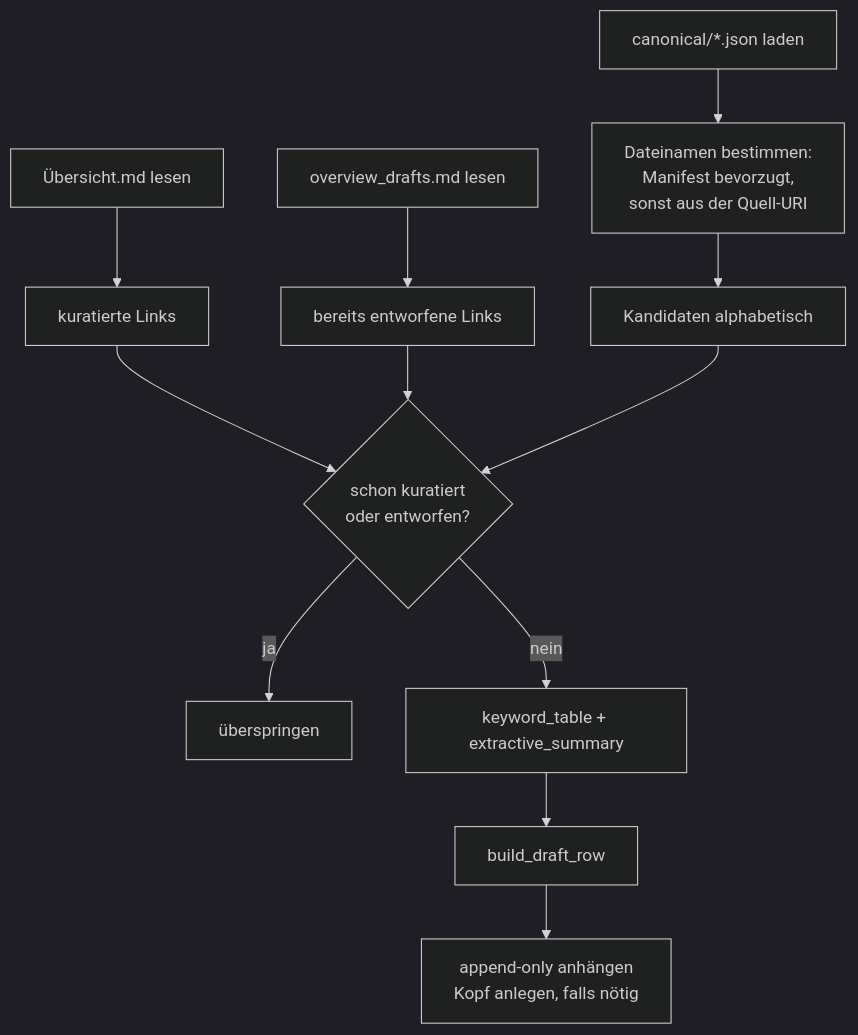
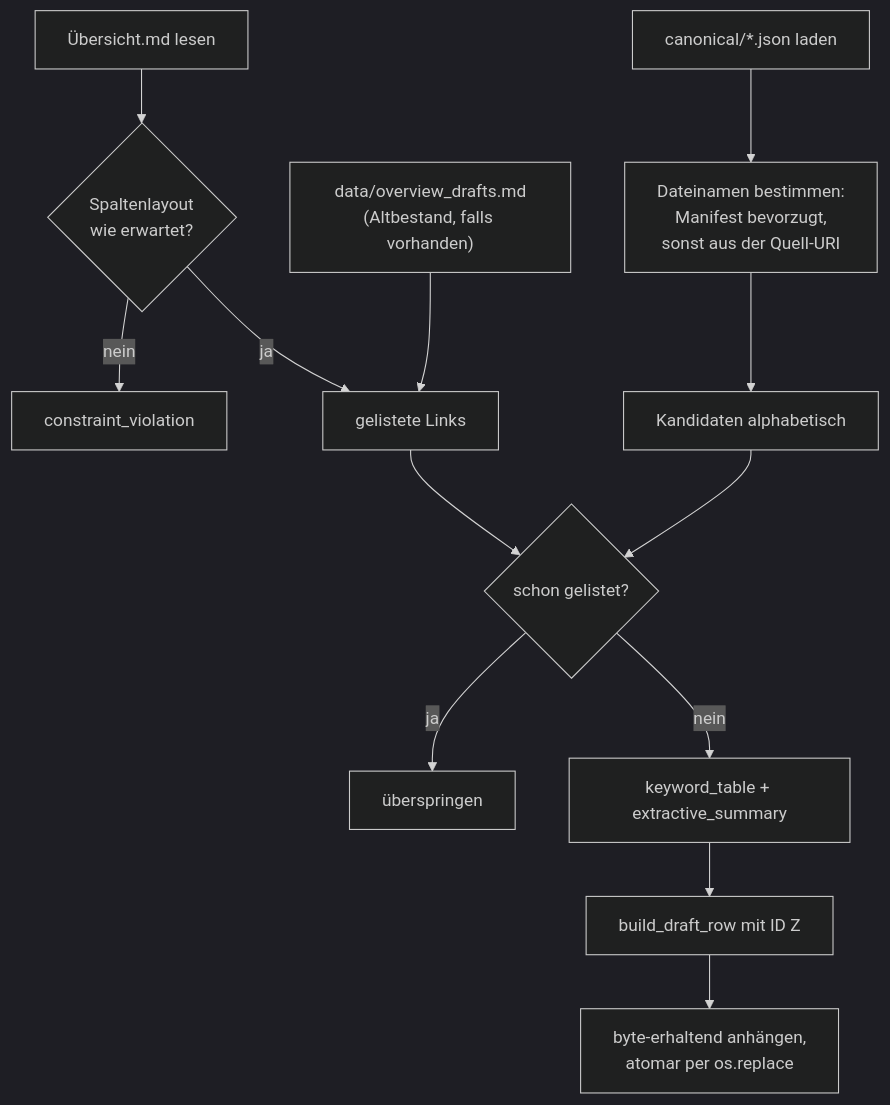
One commit to MomoEngineer/research-graphrag changed the first of 2 diagrams in src/research_graphrag/overview/doc/drafts.md. Above: the diagram before and after it, drawn with Mermaid (dark theme). The commit also changed other lines of this file and 28 other files, not shown here.

````diff
--- a/src/research_graphrag/overview/doc/drafts.md
+++ b/src/research_graphrag/overview/doc/drafts.md
@@ -35,14 +38,15 @@
 ```mermaid
 flowchart TD
     A["canonical/*.json laden"] --> B["Dateinamen bestimmen:<br/>Manifest bevorzugt,<br/>sonst aus der Quell-URI"]
-    C["Übersicht.md lesen"] --> D["kuratierte Links"]
-    E["overview_drafts.md lesen"] --> F["bereits entworfene Links"]
+    C["Übersicht.md lesen"] --> L{"Spaltenlayout<br/>wie erwartet?"}
+    L -- nein --> ERR["constraint_violation"]
+    L -- ja --> D["gelistete Links"]
+    E["data/overview_drafts.md<br/>(Altbestand, falls vorhanden)"] --> D
     B --> G["Kandidaten alphabetisch"]
-    D --> H{"schon kuratiert<br/>oder entworfen?"}
-    F --> H
+    D --> H{"schon gelistet?"}
     G --> H
     H -- ja --> SKIP["überspringen"]
     H -- nein --> I["keyword_table + extractive_summary"]
-    I --> J["build_draft_row"]
-    J --> K["append-only anhängen<br/>Kopf anlegen, falls nötig"]
+    I --> J["build_draft_row mit ID Z<n>"]
+    J --> K["byte-erhaltend anhängen,<br/>atomar per os.replace"]
 ```
````
